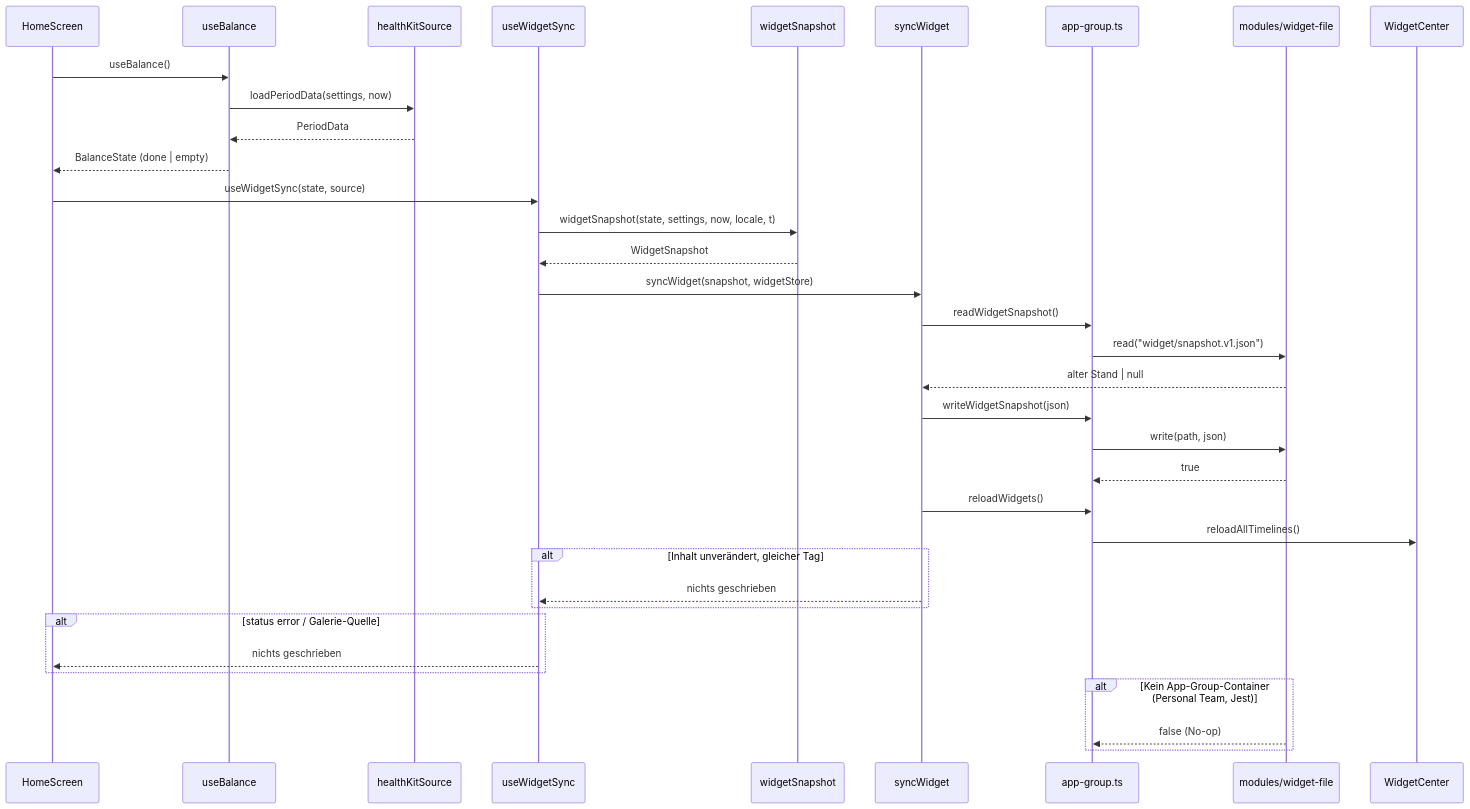
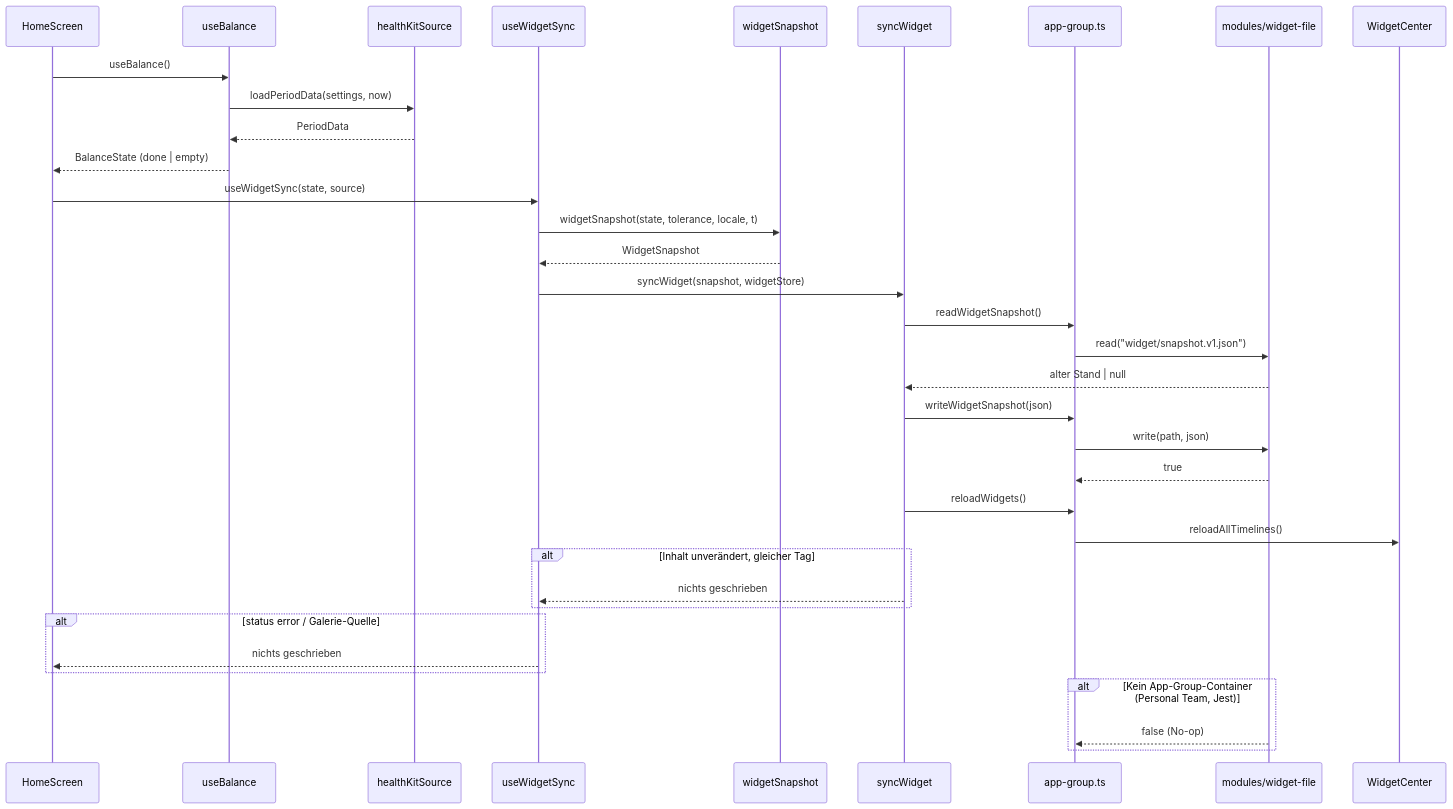
One commit to Scully98/CalorieWeightBalancer changed the first of 3 diagrams in docs/specs/2026-11-03-widget.md. Above: the diagram before and after it, drawn with Mermaid. The commit also changed other lines of this file and 5 other files, not shown here.

First line of the commit message:
feat: add the widget snapshot

````diff
--- a/docs/specs/2026-11-03-widget.md
+++ b/docs/specs/2026-11-03-widget.md
@@ -91,39 +91,39 @@
 ```mermaid
 sequenceDiagram
   participant HomeScreen
   participant useBalance
   participant healthKitSource
   participant useWidgetSync
   participant widgetSnapshot
   participant syncWidget
   participant appGroup as app-group.ts
   participant WidgetFile as modules/widget-file
   participant WidgetCenter
 
   HomeScreen->>useBalance: useBalance()
   useBalance->>healthKitSource: loadPeriodData(settings, now)
   healthKitSource-->>useBalance: PeriodData
   useBalance-->>HomeScreen: BalanceState (done | empty)
   HomeScreen->>useWidgetSync: useWidgetSync(state, source)
-  useWidgetSync->>widgetSnapshot: widgetSnapshot(state, settings, now, locale, t)
+  useWidgetSync->>widgetSnapshot: widgetSnapshot(state, tolerance, locale, t)
   widgetSnapshot-->>useWidgetSync: WidgetSnapshot
   useWidgetSync->>syncWidget: syncWidget(snapshot, widgetStore)
   syncWidget->>appGroup: readWidgetSnapshot()
   appGroup->>WidgetFile: read("widget/snapshot.v1.json")
   WidgetFile-->>syncWidget: alter Stand | null
   syncWidget->>appGroup: writeWidgetSnapshot(json)
   appGroup->>WidgetFile: write(path, json)
   WidgetFile-->>appGroup: true
   syncWidget->>appGroup: reloadWidgets()
   appGroup->>WidgetCenter: reloadAllTimelines()
 
   alt Inhalt unverändert, gleicher Tag
     syncWidget-->>useWidgetSync: nichts geschrieben
   end
   alt status error / Galerie-Quelle
     useWidgetSync-->>HomeScreen: nichts geschrieben
   end
   alt Kein App-Group-Container (Personal Team, Jest)
     WidgetFile-->>appGroup: false (No-op)
   end
 ```
````
